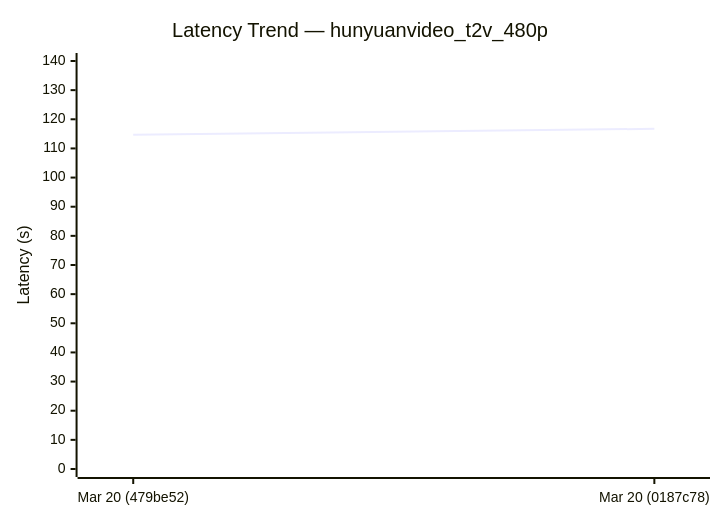
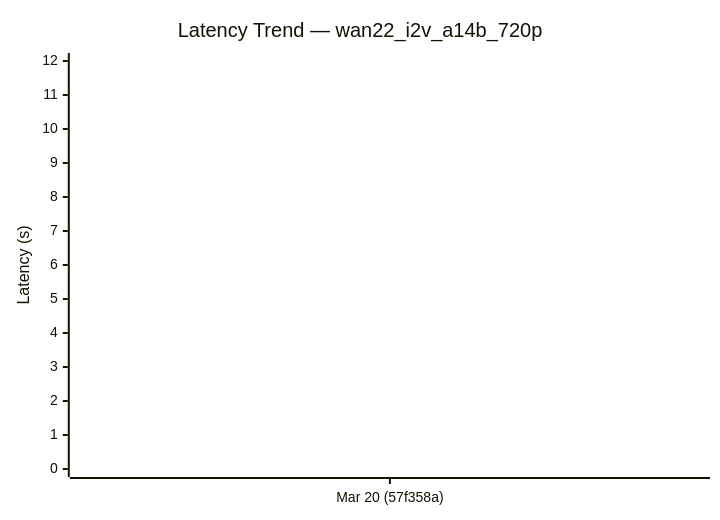
One commit to sglang-bot/sglang-ci-data changed the seventh of 7 diagrams in diffusion-comparisons/dashboard.md. Above: the diagram before and after it, drawn with Mermaid. The commit also changed other lines of this file and 1 other file, not shown here.

````diff
--- a/diffusion-comparisons/dashboard.md
+++ b/diffusion-comparisons/dashboard.md
@@ -95,7 +108,7 @@
 ```mermaid
 xychart-beta
-  title "Latency Trend — hunyuanvideo_t2v_480p"
-  x-axis ["Mar 20 (479be52)", "Mar 20 (0187c78)"]
-  y-axis "Latency (s)" 0 --> 140
-  line [114.67, 116.73]
+  title "Latency Trend — wan22_i2v_a14b_720p"
+  x-axis ["Mar 20 (57f358a)"]
+  y-axis "Latency (s)" 0 --> 12
+  line [10.04]
 ```
````
